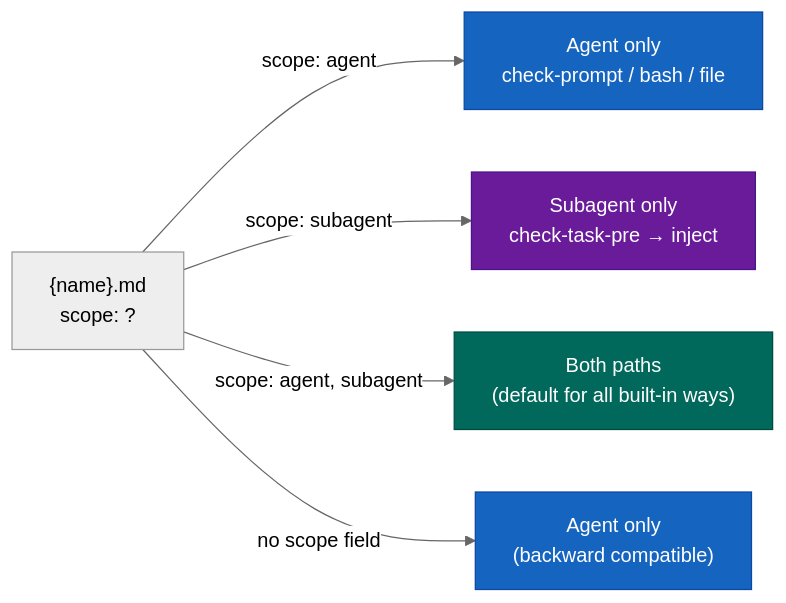
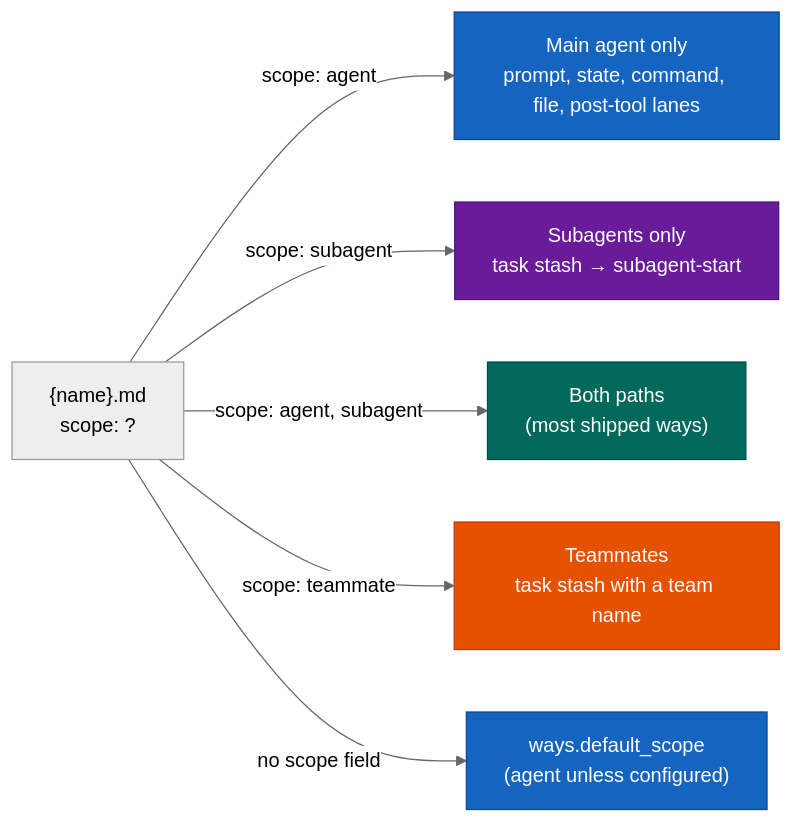
Before and after one commit to aaronsb/agent-ways: the fourth of 13 diagrams in docs/architecture.md, drawn with Mermaid (neutral theme). The commit also changed other lines of this file and 7 other files, not shown here.

First line of the commit message:
docs(architecture): redraw the ways pipeline for the judge, late-interaction and per-agent state

````diff
--- a/docs/architecture.md
+++ b/docs/architecture.md
@@ -149,14 +231,15 @@
 ```mermaid
 flowchart LR
     classDef agent fill:#1565C0,stroke:#0D47A1,color:#fff
     classDef sub fill:#6A1B9A,stroke:#4A148C,color:#fff
     classDef both fill:#00695C,stroke:#004D40,color:#fff
-    classDef skip fill:#78909C,stroke:#546E7A,color:#fff
+    classDef team fill:#E65100,stroke:#BF360C,color:#fff
 
     Way["{name}.md<br/>scope: ?"]
 
-    Way -->|"scope: agent"| AG["Agent only<br/>check-prompt / bash / file"]:::agent
-    Way -->|"scope: subagent"| SB["Subagent only<br/>check-task-pre → inject"]:::sub
-    Way -->|"scope: agent, subagent"| BOTH["Both paths<br/>(default for all built-in ways)"]:::both
-    Way -->|"no scope field"| DEF["Agent only<br/>(backward compatible)"]:::agent
+    Way -->|"scope: agent"| AG["Main agent only<br/>prompt, state, command, file, post-tool lanes"]:::agent
+    Way -->|"scope: subagent"| SB["Subagents only<br/>task stash → subagent-start"]:::sub
+    Way -->|"scope: agent, subagent"| BOTH["Both paths<br/>(most shipped ways)"]:::both
+    Way -->|"scope: teammate"| TM["Teammates<br/>task stash with a team name"]:::team
+    Way -->|"no scope field"| DEF["ways.default_scope<br/>(agent unless configured)"]:::agent
 ```
````
